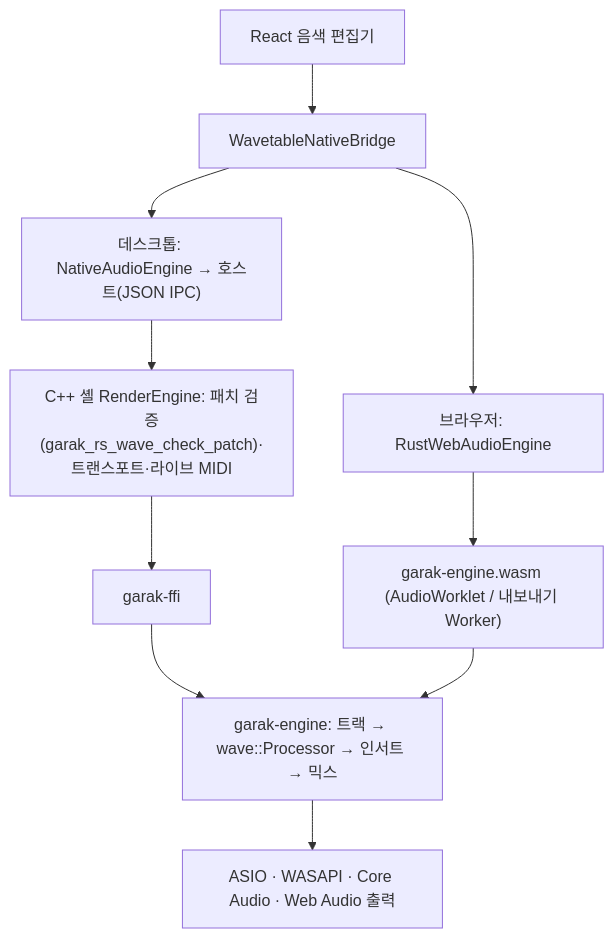
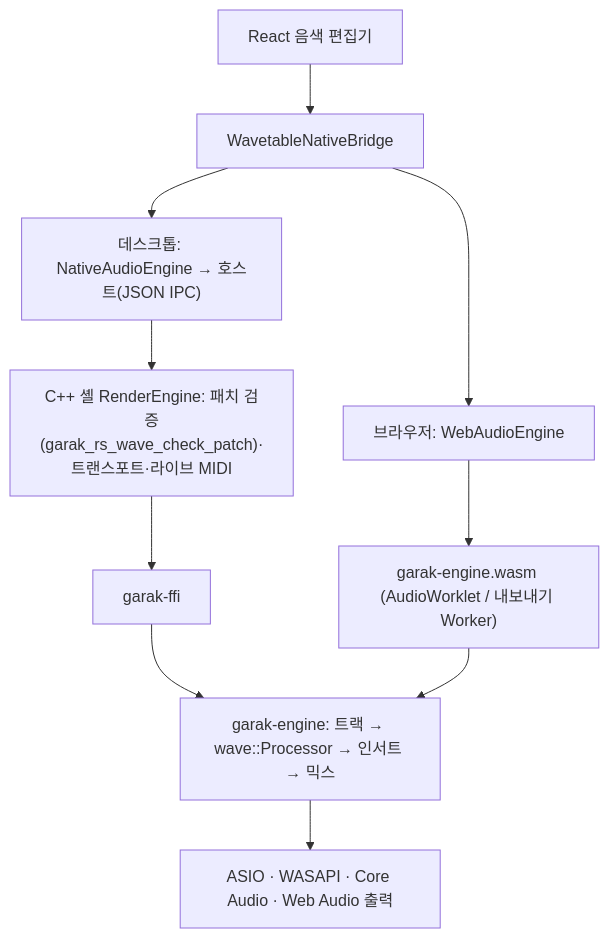
Before and after one commit to songchez/garak-ieum: the diagram in docs/IEUM_WAVE.md, drawn with Mermaid. The commit also changed other lines of this file and 5 other files, not shown here.

````diff
--- a/docs/IEUM_WAVE.md
+++ b/docs/IEUM_WAVE.md
@@ -74,12 +74,12 @@
 ```mermaid
 flowchart TD
     UI["React 음색 편집기"] --> BR["WavetableNativeBridge"]
     BR --> D["데스크톱: NativeAudioEngine → 호스트(JSON IPC)"]
-    BR --> W["브라우저: RustWebAudioEngine"]
+    BR --> W["브라우저: WebAudioEngine"]
     D --> SH["C++ 셸 RenderEngine: 패치 검증(garak_rs_wave_check_patch)·트랜스포트·라이브 MIDI"]
     SH --> FFI["garak-ffi"]
     W --> WASM["garak-engine.wasm (AudioWorklet / 내보내기 Worker)"]
     FFI --> ENG["garak-engine: 트랙 → wave::Processor → 인서트 → 믹스"]
     WASM --> ENG
     ENG --> DEV["ASIO · WASAPI · Core Audio · Web Audio 출력"]
 ```
````
